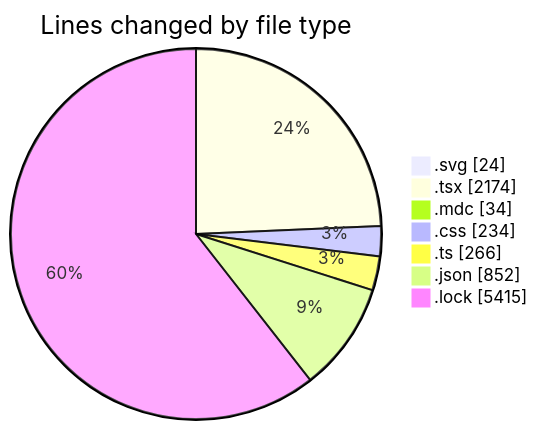
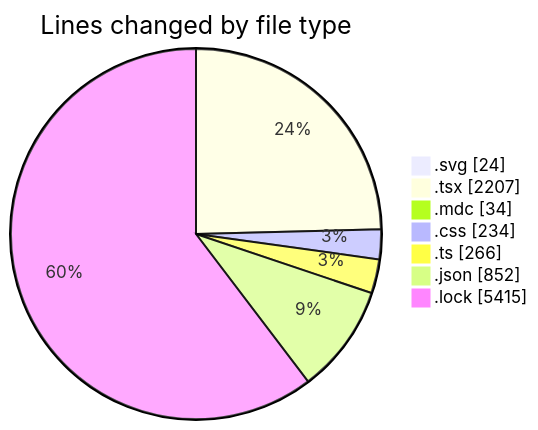
The first of 2 diagrams in 2025-07-18/ribbon/README.md (EIIisD/code-tracking), drawn with Mermaid before and after one commit. The commit also changed other lines of this file and 1 other file, not shown here.

````diff
--- a/2025-07-18/ribbon/README.md
+++ b/2025-07-18/ribbon/README.md
@@ -35,11 +35,11 @@
 ```mermaid
 pie showData
 title Lines changed by file type
 ".svg" : 24
-".tsx" : 2174
+".tsx" : 2207
 ".mdc" : 34
 ".css" : 234
 ".ts" : 266
 ".json" : 852
 ".lock" : 5415
 ```
````
